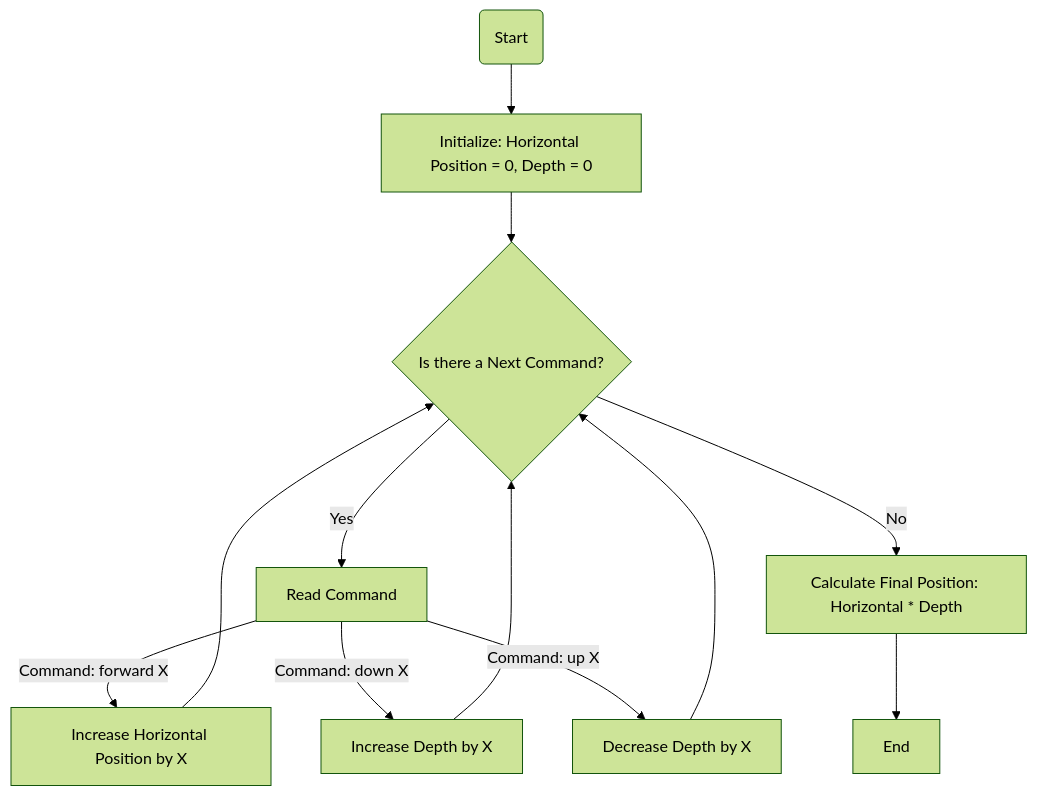
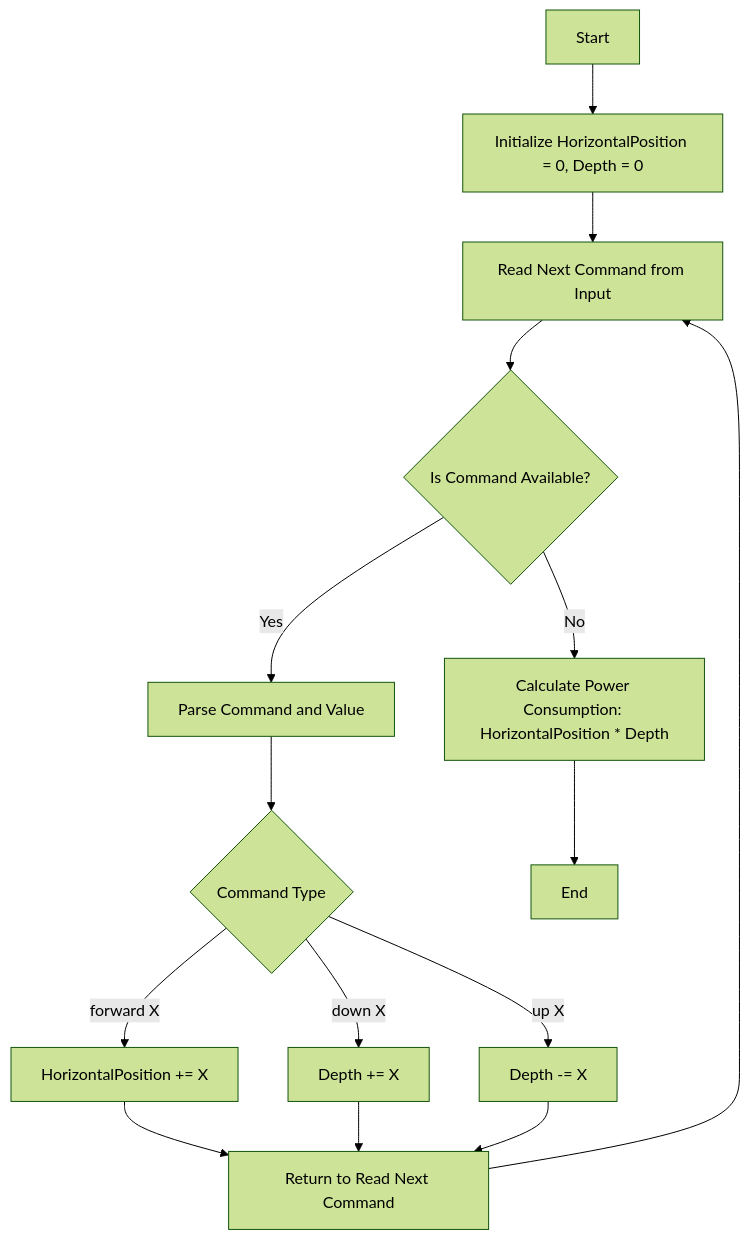
One commit to aztfmods/go-advents changed the diagram in coordinates-dive/README.md. Above: the diagram before and after it, drawn with Mermaid (forest theme).

Commit message:
add another one

````diff
--- a/coordinates-dive/README.md
+++ b/coordinates-dive/README.md
@@ -1,14 +1,17 @@
 ```mermaid
 graph TD
-    A(Start) --> B[Initialize: Horizontal Position = 0, Depth = 0]
-    B --> C{Is there a Next Command?}
-    C -->|Yes| D[Read Command]
-    D -->|Command: forward X| E[Increase Horizontal Position by X]
-    D -->|Command: down X| F[Increase Depth by X]
-    D -->|Command: up X| G[Decrease Depth by X]
-    E --> C
-    F --> C
-    G --> C
-    C -->|No| H[Calculate Final Position: Horizontal * Depth]
-    H --> I[End]
+    A[Start] --> B[Initialize HorizontalPosition = 0, Depth = 0]
+    B --> C[Read Next Command from Input]
+    C --> D{Is Command Available?}
+    D -->|Yes| E[Parse Command and Value]
+    E --> F{Command Type}
+    F -->|forward X| G[HorizontalPosition += X]
+    F -->|down X| H[Depth += X]
+    F -->|up X| I[Depth -= X]
+    G --> J[Return to Read Next Command]
+    H --> J
+    I --> J
+    J --> C
+    D -->|No| K[Calculate Power Consumption: HorizontalPosition * Depth]
+    K --> L[End]
 ```
````
